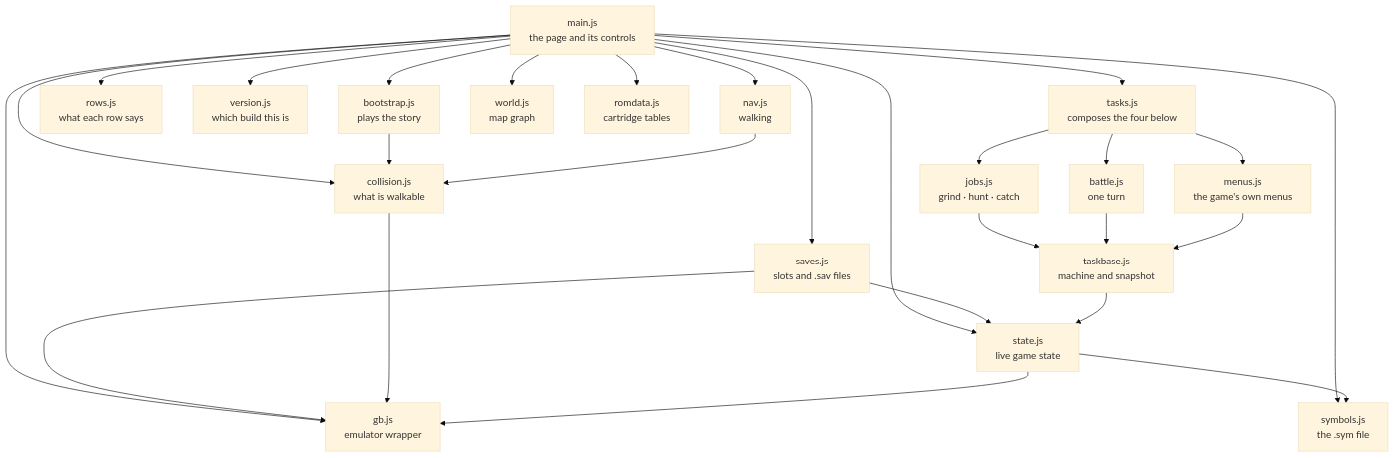
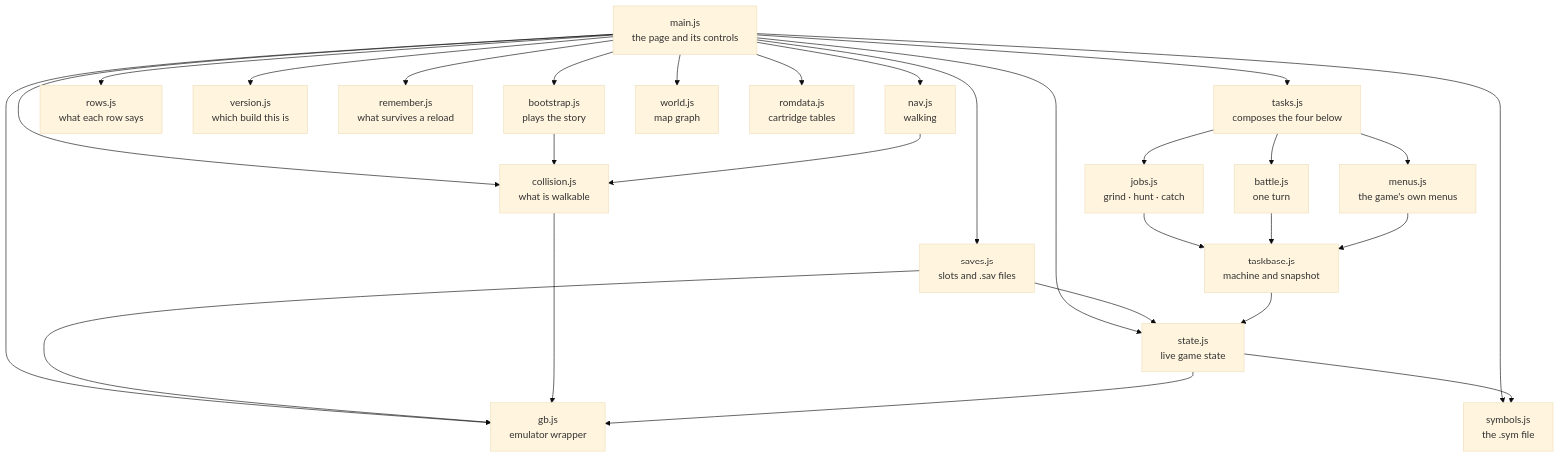
The second of 16 diagrams in docs/CODE.md (minormending/crystal-pilot-mobile), drawn with Mermaid (base theme) before and after one commit. The commit also changed other lines of this file and 6 other files, not shown here.

````diff
--- a/docs/CODE.md
+++ b/docs/CODE.md
@@ -99,47 +99,49 @@
 ```mermaid
 flowchart TD
     main["main.js<br/>the page and its controls"]
     boot["bootstrap.js<br/>plays the story"]
     tasks["tasks.js<br/>composes the four below"]
     jobs["jobs.js<br/>grind · hunt · catch"]
     btl["battle.js<br/>one turn"]
     menus["menus.js<br/>the game's own menus"]
     tbase["taskbase.js<br/>machine and snapshot"]
     rows["rows.js<br/>what each row says"]
     ver["version.js<br/>which build this is"]
+    rem["remember.js<br/>what survives a reload"]
     nav["nav.js<br/>walking"]
     world["world.js<br/>map graph"]
     coll["collision.js<br/>what is walkable"]
     state["state.js<br/>live game state"]
     rom["romdata.js<br/>cartridge tables"]
     sym["symbols.js<br/>the .sym file"]
     saves["saves.js<br/>slots and .sav files"]
     gb["gb.js<br/>emulator wrapper"]
 
     main --> boot
     main --> tasks
     main --> rows
     main --> ver
+    main --> rem
     main --> nav
     main --> world
     main --> coll
     main --> state
     main --> rom
     main --> sym
     main --> gb
     main --> saves
     saves --> gb
     saves --> state
     boot --> coll
     tasks --> jobs
     tasks --> btl
     tasks --> menus
     jobs --> tbase
     btl --> tbase
     menus --> tbase
     tbase --> state
     nav --> coll
     coll --> gb
     state --> gb
     state --> sym
 ```
````
